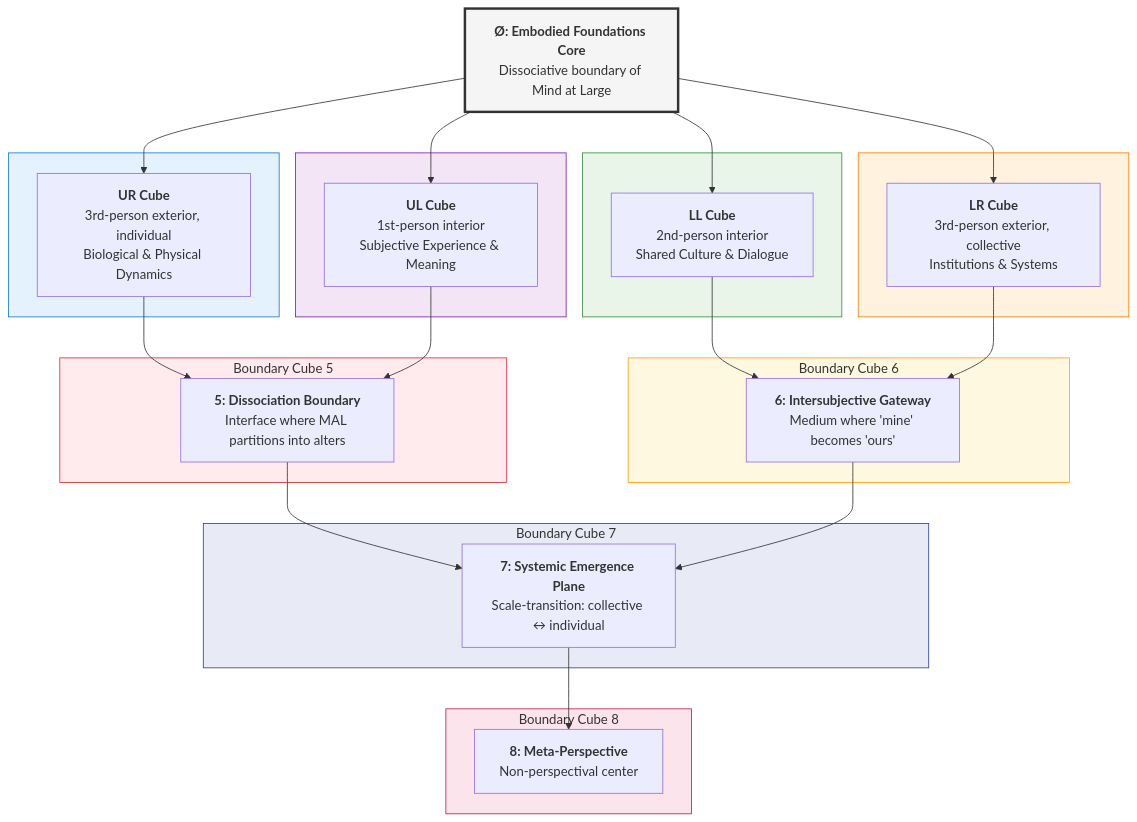
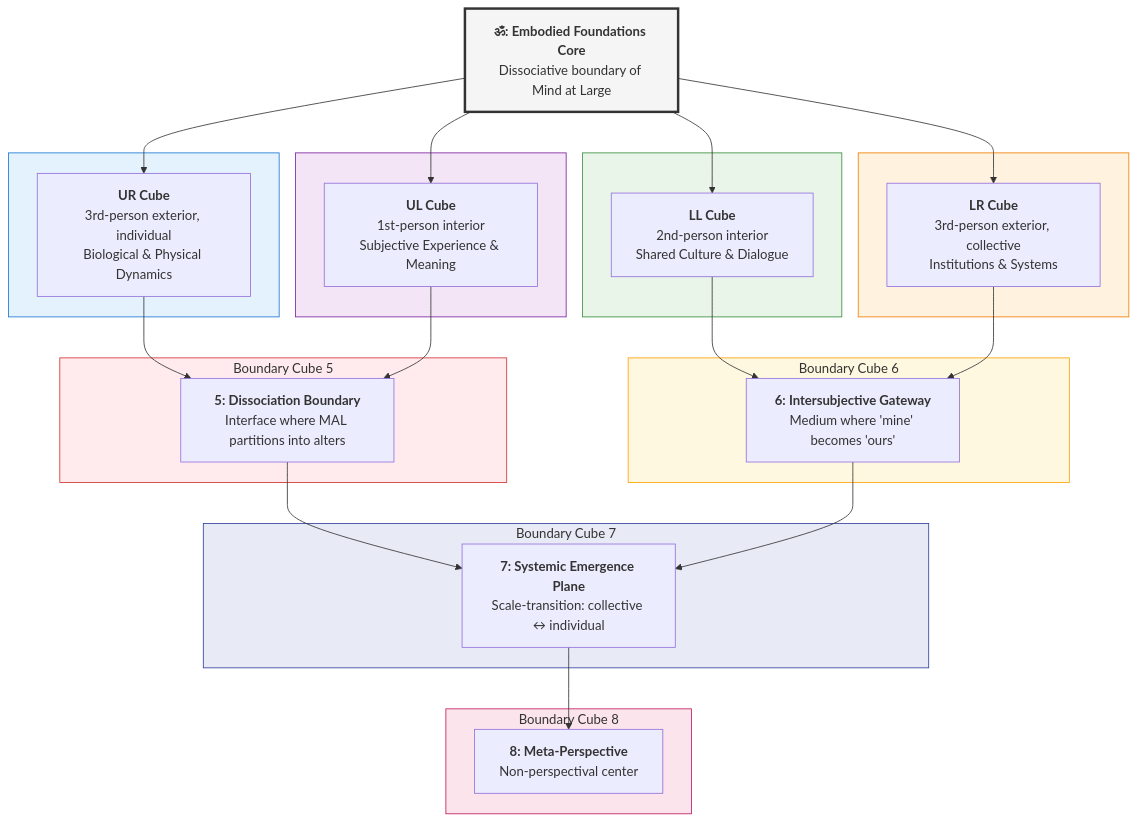
One commit to ravaioli/solarpunk-mandala changed the first of 4 diagrams in docs/core-model/02-epistemic-architecture-tesseract.md. Above: the diagram before and after it, drawn with Mermaid. The commit also changed other lines of this file, not shown here.

````diff
--- a/docs/core-model/02-epistemic-architecture-tesseract.md
+++ b/docs/core-model/02-epistemic-architecture-tesseract.md
@@ -69,60 +69,60 @@
 ```mermaid
 flowchart TD
     %% Central Core
-    O["<b>Ø: Embodied Foundations Core</b><br>Dissociative boundary of Mind at Large"]
+    O["<b>ॐ: Embodied Foundations Core</b><br>Dissociative boundary of Mind at Large"]
 
     %% First Layer: Unfolded Cubes
     O --> UR
     O --> UL
     O --> LL
     O --> LR
 
     subgraph UR_Group [ ]
         UR["<b>UR Cube</b><br>3rd-person exterior, individual<br>Biological & Physical Dynamics"]
     end
 
     subgraph UL_Group [ ]
         UL["<b>UL Cube</b><br>1st-person interior<br>Subjective Experience & Meaning"]
     end
 
     subgraph LL_Group [ ]
         LL["<b>LL Cube</b><br>2nd-person interior<br>Shared Culture & Dialogue"]
     end
 
     subgraph LR_Group [ ]
         LR["<b>LR Cube</b><br>3rd-person exterior, collective<br>Institutions & Systems"]
     end
 
     %% Second Layer: Folded Cubes (Boundaries)
     UR & UL --> F5
     LL & LR --> F6
     F5 & F6 --> F7
     F7 --> F8
 
     subgraph F5_Group [Boundary Cube 5]
         F5["<b>5: Dissociation Boundary</b><br>Interface where MAL partitions into alters"]
     end
 
     subgraph F6_Group [Boundary Cube 6]
         F6["<b>6: Intersubjective Gateway</b><br>Medium where 'mine' becomes 'ours'"]
     end
 
     subgraph F7_Group [Boundary Cube 7]
         F7["<b>7: Systemic Emergence Plane</b><br>Scale-transition: collective ↔ individual"]
     end
 
     subgraph F8_Group [Boundary Cube 8]
         F8["<b>8: Meta-Perspective</b><br>Non-perspectival center"]
     end
 
     %% Styling
     style O fill:#f5f5f5,stroke:#333,stroke-width:3px
     style UR_Group fill:#e3f2fd,stroke:#1976d2
     style UL_Group fill:#f3e5f5,stroke:#7b1fa2
     style LL_Group fill:#e8f5e8,stroke:#388e3c
     style LR_Group fill:#fff3e0,stroke:#f57c00
     style F5_Group fill:#ffebee,stroke:#d32f2f
     style F6_Group fill:#fff8e1,stroke:#ffa000
     style F7_Group fill:#e8eaf6,stroke:#303f9f
     style F8_Group fill:#fce4ec,stroke:#c2185b
 ```
````
